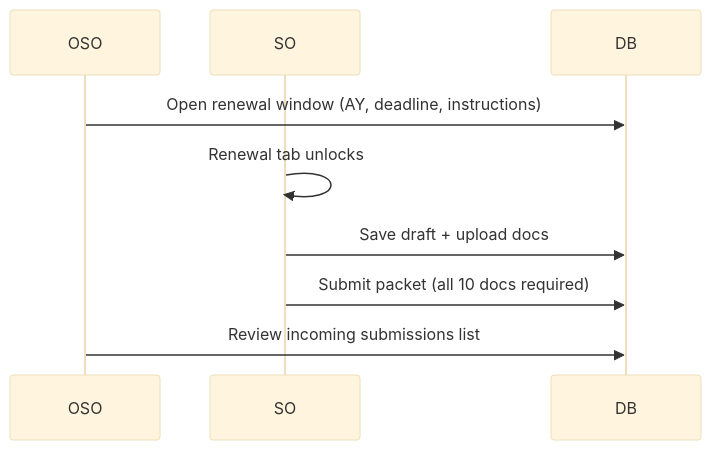
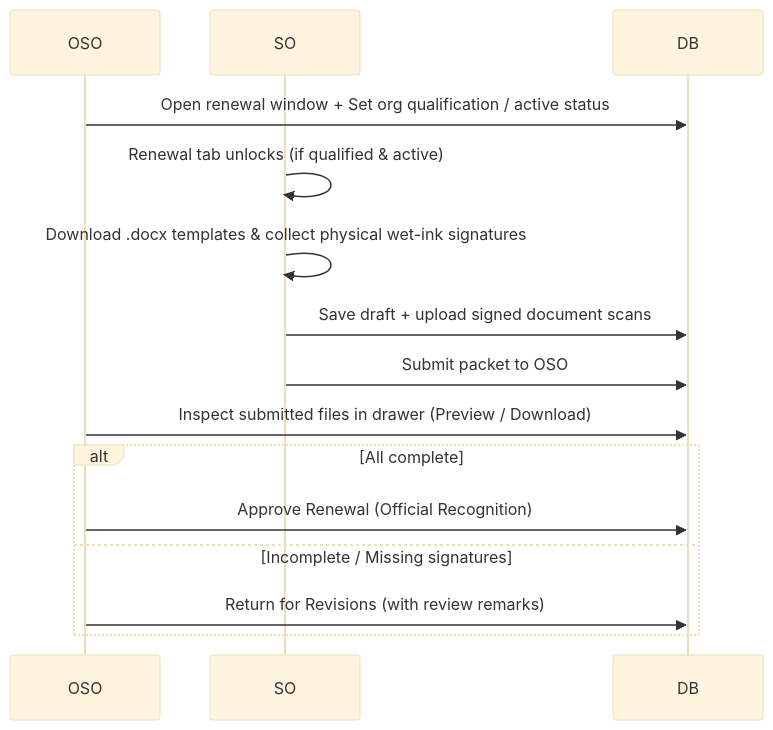
Before and after one commit to chals1029/OrgChainProject: the diagram in ORGCHAIN/02 - Subsystems and Modules/Office Portal and Administrative Desk/Organization Renewal Filing Window.md, drawn with Mermaid (base theme). The commit also changed other lines of this file and 3 other files, not shown here.

Commit message:
Update tech stack in README and document docx delimitation and renewal workflow in vault

````diff
--- a/ORGCHAIN/02 - Subsystems and Modules/Office Portal and Administrative Desk/Organization Renewal Filing Window.md
+++ b/ORGCHAIN/02 - Subsystems and Modules/Office Portal and Administrative Desk/Organization Renewal Filing Window.md
@@ -49,11 +72,17 @@
 ```mermaid
 sequenceDiagram
   participant OSO
   participant SO
   participant DB
-  OSO->>DB: Open renewal window (AY, deadline, instructions)
-  SO->>SO: Renewal tab unlocks
-  SO->>DB: Save draft + upload docs
-  SO->>DB: Submit packet (all 10 docs required)
-  OSO->>DB: Review incoming submissions list
+  OSO->>DB: Open renewal window + Set org qualification / active status
+  SO->>SO: Renewal tab unlocks (if qualified & active)
+  SO->>SO: Download .docx templates & collect physical wet-ink signatures
+  SO->>DB: Save draft + upload signed document scans
+  SO->>DB: Submit packet to OSO
+  OSO->>DB: Inspect submitted files in drawer (Preview / Download)
+  alt All complete
+    OSO->>DB: Approve Renewal (Official Recognition)
+  else Incomplete / Missing signatures
+    OSO->>DB: Return for Revisions (with review remarks)
+  end
 ```
````
